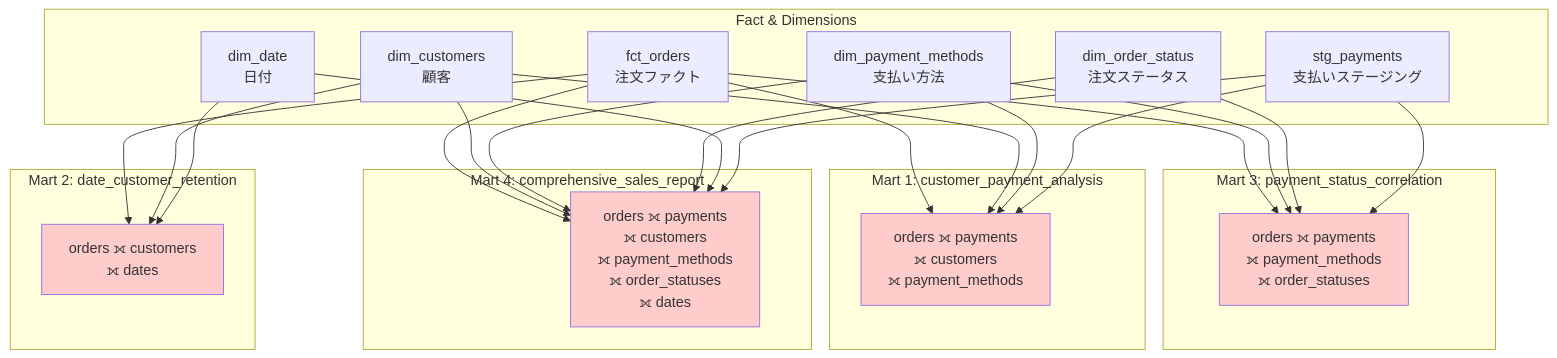
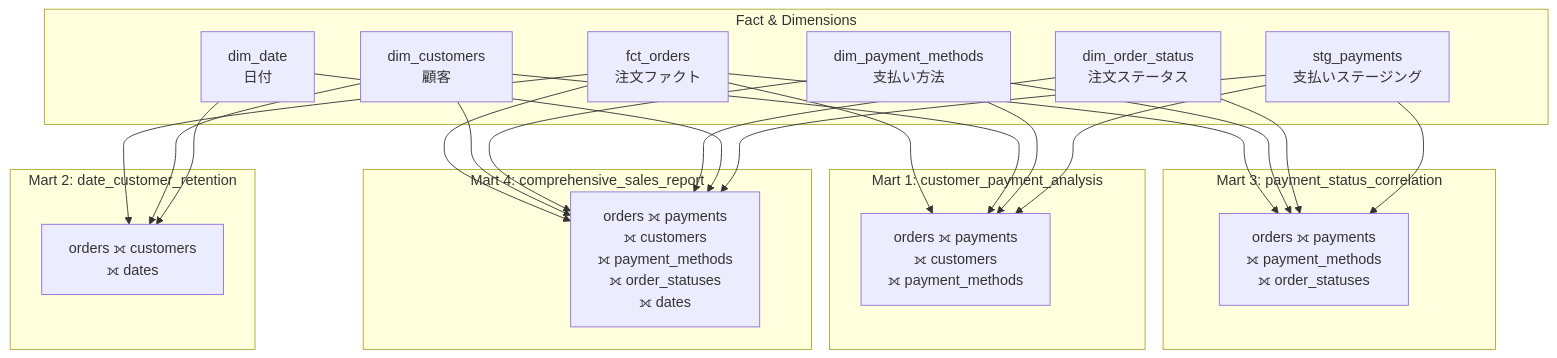
Before and after one commit to 1210yuichi0/1210yuichi0.github.io: the first of 2 diagrams in content/Tech/dbt/tutorials/tutorial-04-join-fragmentation.md, drawn with Mermaid. The commit also changed other lines of this file and 22 other files, not shown here.

First line of the commit message:
style: remove Mermaid style directives for dark mode compatibility

````diff
--- a/content/Tech/dbt/tutorials/tutorial-04-join-fragmentation.md
+++ b/content/Tech/dbt/tutorials/tutorial-04-join-fragmentation.md
@@ -386,50 +386,46 @@
 ```mermaid
 graph TD
     subgraph "Fact & Dimensions"
         FCT[fct_orders<br/>注文ファクト]
         DC[dim_customers<br/>顧客]
         DPM[dim_payment_methods<br/>支払い方法]
         DOS[dim_order_status<br/>注文ステータス]
         DD[dim_date<br/>日付]
         SPAY[stg_payments<br/>支払いステージング]
     end
 
     subgraph "Mart 1: customer_payment_analysis"
         M1["orders ⟗ payments<br/>⟗ customers<br/>⟗ payment_methods"]
     end
 
     subgraph "Mart 2: date_customer_retention"
         M2["orders ⟗ customers<br/>⟗ dates"]
     end
 
     subgraph "Mart 3: payment_status_correlation"
         M3["orders ⟗ payments<br/>⟗ payment_methods<br/>⟗ order_statuses"]
     end
 
     subgraph "Mart 4: comprehensive_sales_report"
         M4["orders ⟗ payments<br/>⟗ customers<br/>⟗ payment_methods<br/>⟗ order_statuses<br/>⟗ dates"]
     end
 
     FCT --> M1
     FCT --> M2
     FCT --> M3
     FCT --> M4
     DC --> M1
     DC --> M2
     DC --> M4
     DPM --> M1
     DPM --> M3
     DPM --> M4
     DOS --> M3
     DOS --> M4
     DD --> M2
     DD --> M4
     SPAY --> M1
     SPAY --> M3
     SPAY --> M4
 
-    style M1 fill:#ffcccc
-    style M2 fill:#ffcccc
-    style M3 fill:#ffcccc
-    style M4 fill:#ffcccc
 ```
````
